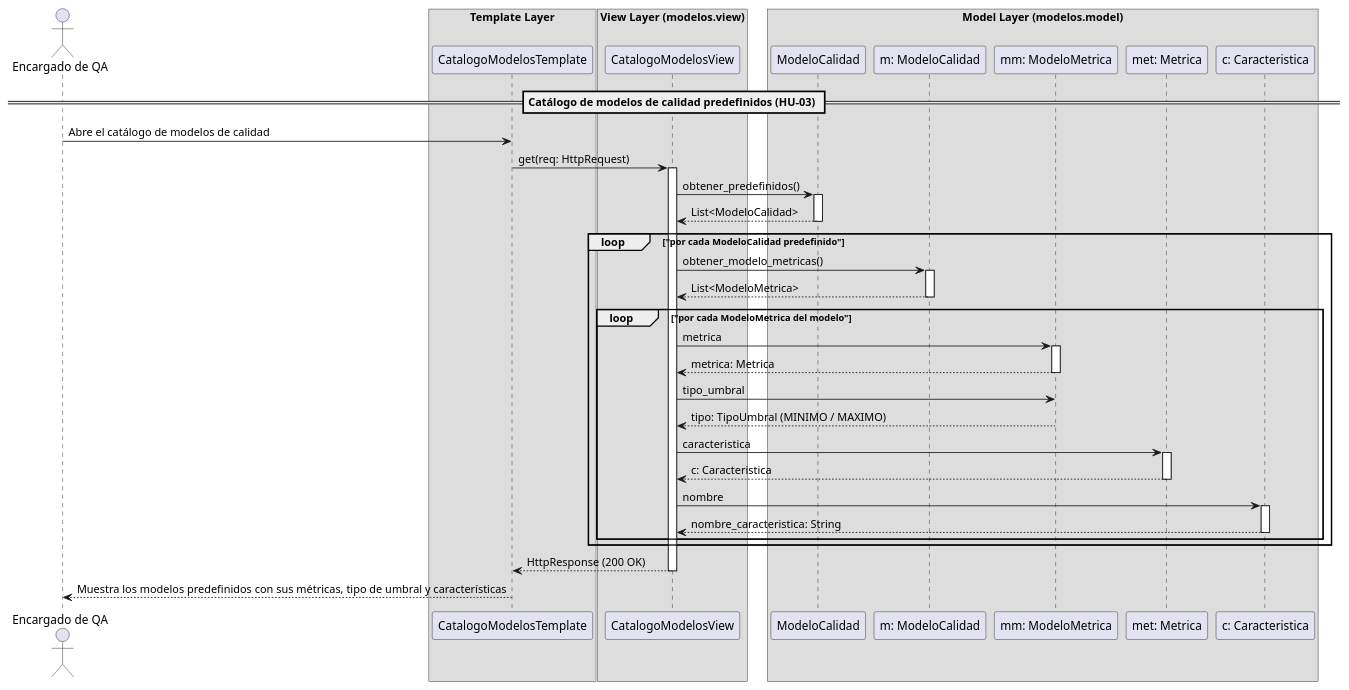
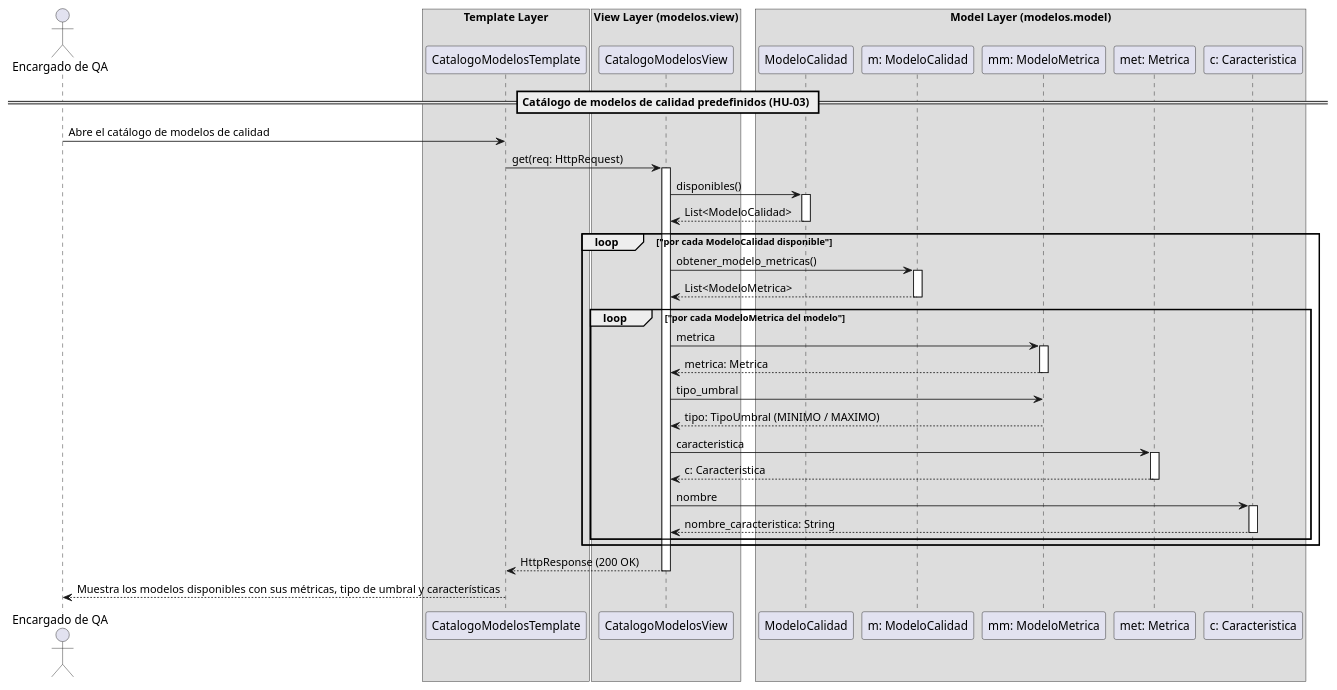
One commit to Josgtg/QA-Admin changed the diagram in diagrams_corregidos/secuencia/hu3_secuencia.puml. Above: the diagram before and after it, drawn with PlantUML. The commit also changed 18 other files, not shown here.

First line of the commit message:
Implementa modelos propios de calidad con metricas (HU-16)

```diff
--- a/diagrams_corregidos/secuencia/hu3_secuencia.puml
+++ b/diagrams_corregidos/secuencia/hu3_secuencia.puml
@@ -1,66 +1,66 @@
 @startuml
 skinparam shadowing false
 skinparam responseMessageBelowArrow true
 
 actor "Encargado de QA" as Encargado
 
 box "Template Layer"
   participant "CatalogoModelosTemplate" as UI
 end box
 
 box "View Layer (modelos.view)"
   participant "CatalogoModelosView" as View
 end box
 
 box "Model Layer (modelos.model)"
   participant "ModeloCalidad" as Modelos
   participant "m: ModeloCalidad" as Modelo
   participant "mm: ModeloMetrica" as ModeloMetrica
   participant "met: Metrica" as Metrica
   participant "c: Caracteristica" as Caracteristica
 end box
 
 == Catálogo de modelos de calidad predefinidos (HU-03) ==
 
 Encargado -> UI: Abre el catálogo de modelos de calidad
 UI -> View: get(req: HttpRequest)
 activate View
 
-View -> Modelos: obtener_predefinidos()
+View -> Modelos: disponibles()
 activate Modelos
 Modelos --> View: List<ModeloCalidad>
 deactivate Modelos
 
-loop "por cada ModeloCalidad predefinido"
+loop "por cada ModeloCalidad disponible"
     View -> Modelo: obtener_modelo_metricas()
     activate Modelo
     Modelo --> View: List<ModeloMetrica>
     deactivate Modelo
 
     loop "por cada ModeloMetrica del modelo"
         View -> ModeloMetrica: metrica
         activate ModeloMetrica
         ModeloMetrica --> View: metrica: Metrica
         deactivate ModeloMetrica
 
         View -> ModeloMetrica: tipo_umbral
         ModeloMetrica --> View: tipo: TipoUmbral (MINIMO / MAXIMO)
 
         View -> Metrica: caracteristica
         activate Metrica
         Metrica --> View: c: Caracteristica
         deactivate Metrica
 
         View -> Caracteristica: nombre
         activate Caracteristica
         Caracteristica --> View: nombre_caracteristica: String
         deactivate Caracteristica
     end
 end
 
 View --> UI: HttpResponse (200 OK)
 deactivate View
 
-UI --> Encargado: Muestra los modelos predefinidos con sus métricas, tipo de umbral y características
+UI --> Encargado: Muestra los modelos disponibles con sus métricas, tipo de umbral y características
 
 @enduml
```
